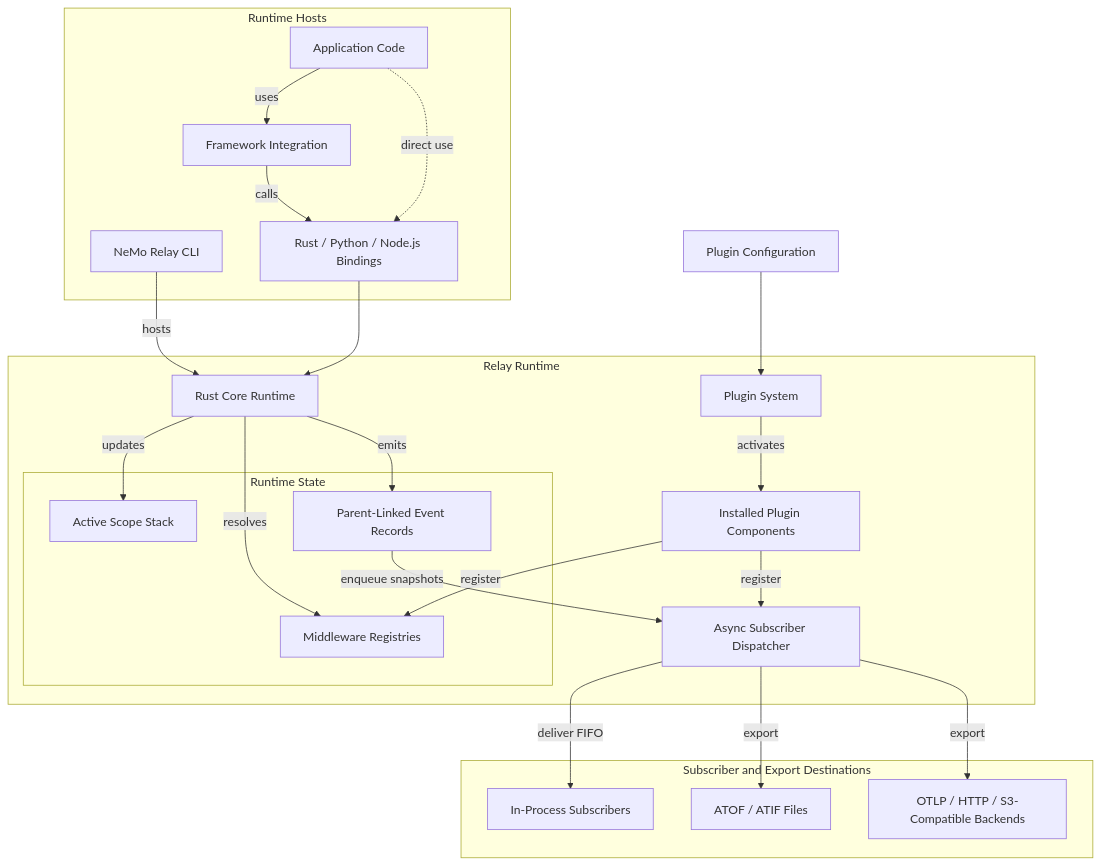
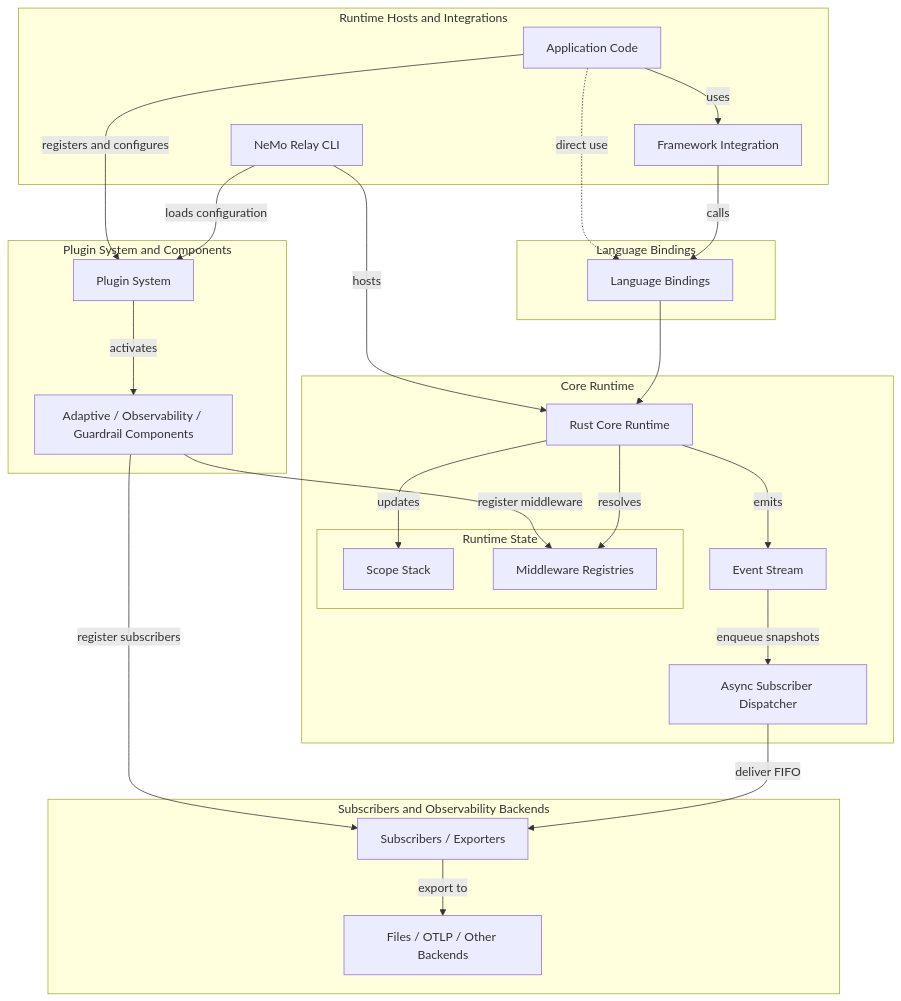
Before and after one commit to NVIDIA/NeMo-Relay: the first of 4 diagrams in docs/about-nemo-relay/architecture.mdx, drawn with Mermaid. The commit also changed other lines of this file, not shown here.

Commit message:
docs: add runtime architecture diagrams

````diff
--- a/docs/about-nemo-relay/architecture.mdx
+++ b/docs/about-nemo-relay/architecture.mdx
@@ -25,69 +25,71 @@
 ```mermaid
 flowchart TB
-    subgraph Hosts[Runtime Hosts]
+    subgraph AppLayer[Runtime Hosts and Integrations]
         CLI[NeMo Relay CLI]
         App[Application Code]
         Framework[Framework Integration]
-        Bindings[Rust / Python / Node.js Bindings]
-        App -->|uses| Framework
-        App -. direct use .-> Bindings
-        Framework -->|calls| Bindings
     end
 
-    Config[Plugin Configuration]
+    subgraph BindingLayer[Language Bindings]
+        Bindings[Language Bindings]
+    end
 
-    subgraph Runtime[Relay Runtime]
+    subgraph PluginLayer[Plugin System and Components]
+        PluginSystem[Plugin System]
+        Components[Adaptive / Observability / Guardrail Components]
+        PluginSystem -->|activates| Components
+    end
+
+    subgraph CoreLayer[Core Runtime]
         Core[Rust Core Runtime]
-        PluginSystem[Plugin System]
-        Components[Installed Plugin Components]
 
         subgraph RuntimeState[Runtime State]
-            Scope[Active Scope Stack]
+            Scope[Scope Stack]
             Registry[Middleware Registries]
-            Events[Parent-Linked Event Records]
         end
 
+        Events[Event Stream]
         Dispatcher[Async Subscriber Dispatcher]
-
-        PluginSystem -->|activates| Components
-        Components -->|register| Registry
-        Components -->|register| Dispatcher
-        Core -->|updates| Scope
-        Core -->|resolves| Registry
-        Core -->|emits| Events
-        Events -->|enqueue snapshots| Dispatcher
     end
 
-    subgraph Destinations[Subscriber and Export Destinations]
-        InProcess[In-Process Subscribers]
-        Files[ATOF / ATIF Files]
-        Backends[OTLP / HTTP / S3-Compatible Backends]
+    subgraph ObsLayer[Subscribers and Observability Backends]
+        Subs[Subscribers / Exporters]
+        Backends[Files / OTLP / Other Backends]
     end
 
+    App -->|uses| Framework
+    App -. direct use .-> Bindings
+    App -->|registers and configures| PluginSystem
+    Framework -->|calls| Bindings
     CLI -->|hosts| Core
+    CLI -->|loads configuration| PluginSystem
     Bindings --> Core
-    Config --> PluginSystem
-    Dispatcher -->|deliver FIFO| InProcess
-    Dispatcher -->|export| Files
-    Dispatcher -->|export| Backends
+    Components -->|register middleware| Registry
+    Components -->|register subscribers| Subs
+    Core -->|updates| Scope
+    Core -->|resolves| Registry
+    Core -->|emits| Events
+    Events -->|enqueue snapshots| Dispatcher
+    Dispatcher -->|deliver FIFO| Subs
+    Subs -->|export to| Backends
 
-    class Hosts grey-hint;
-    class Runtime grey-hint;
-    class Destinations grey-hint;
+    class AppLayer grey-hint;
+    class BindingLayer grey-hint;
+    class PluginLayer grey-hint;
+    class CoreLayer grey-hint;
+    class ObsLayer grey-hint;
     class RuntimeState grey-lightest;
     class CLI purple-lightest;
     class App purple-lightest;
     class Framework yellow-lightest;
     class Bindings green-lightest;
-    class Config blue-lightest;
     class PluginSystem green-light;
     class Components blue-lightest;
     class Core green-light;
     class Scope green-light;
     class Registry green-light;
     class Events green-light;
     class Dispatcher green-light;
-    class InProcess green-lightest;
-    class Files grey-light;
+    class Subs green-light;
     class Backends grey-light;
 ```
````
